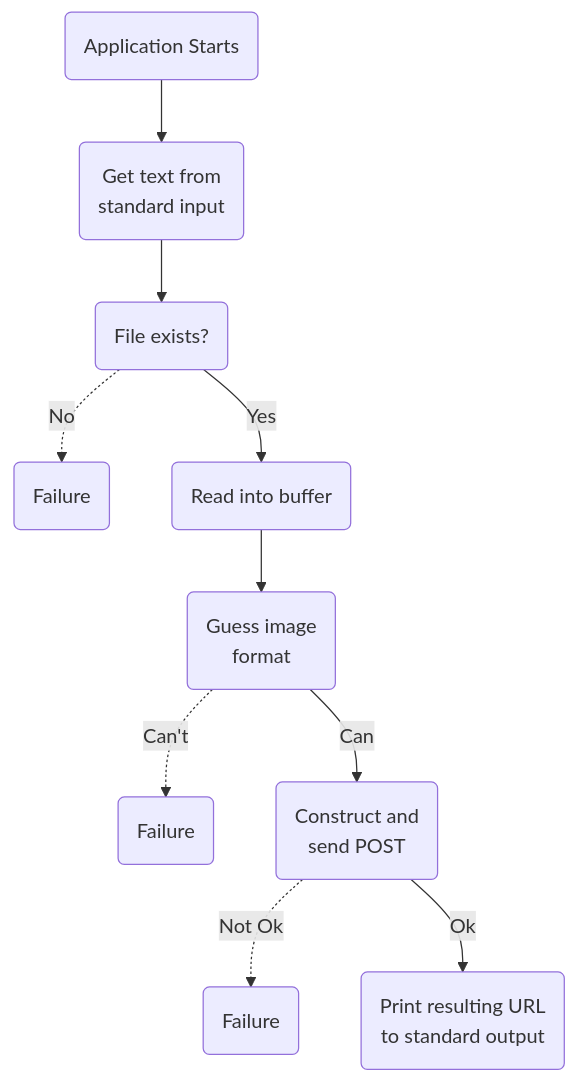
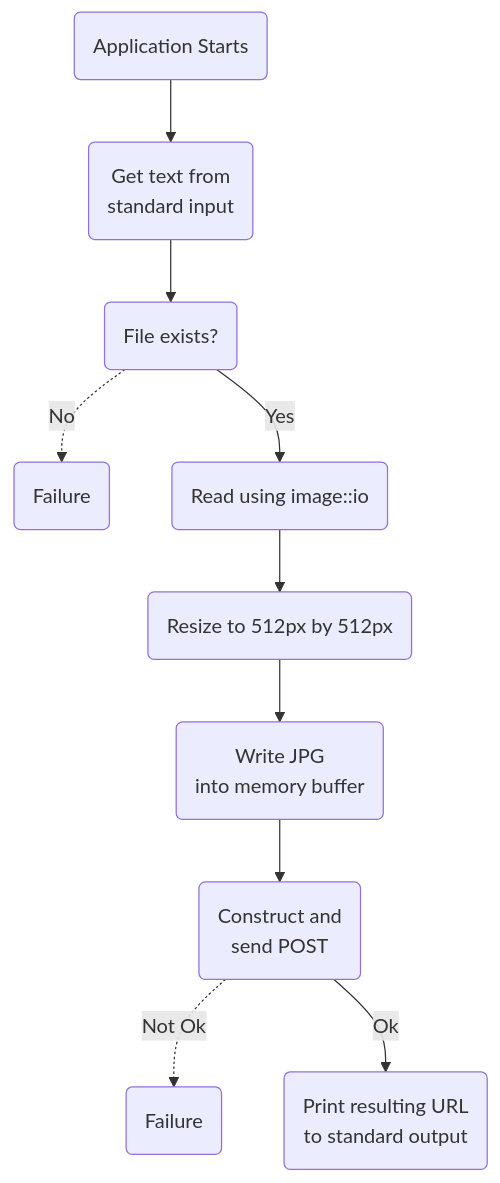
One commit to realoksi/foobar2000-catbox changed the diagram in README.md. Above: the diagram before and after it, drawn with Mermaid. The commit also changed other lines of this file, not shown here.

Commit message:
restructure and format

````diff
--- a/README.md
+++ b/README.md
@@ -9,12 +12,12 @@
 ```mermaid
 flowchart TD
     A(Application Starts)-->
     B(Get text from\nstandard input)-->
     C(File exists?)-.->|No|D(Failure)
-    C-->|Yes|E(Read into buffer)
-    E-->F(Guess image\nformat)
-    F-.->|Can't|G(Failure)
-    F-->|Can|H(Construct and\nsend POST)
+    C-->|Yes|E(Read using image::io)
+    E-->F(Resize to 512px by 512px)
+    F-->G(Write JPG\ninto memory buffer)
+    G-->H(Construct and\nsend POST)
     H-.->|Not Ok|I(Failure)
     H-->|Ok|J(Print resulting URL\nto standard output)
 ```
````
